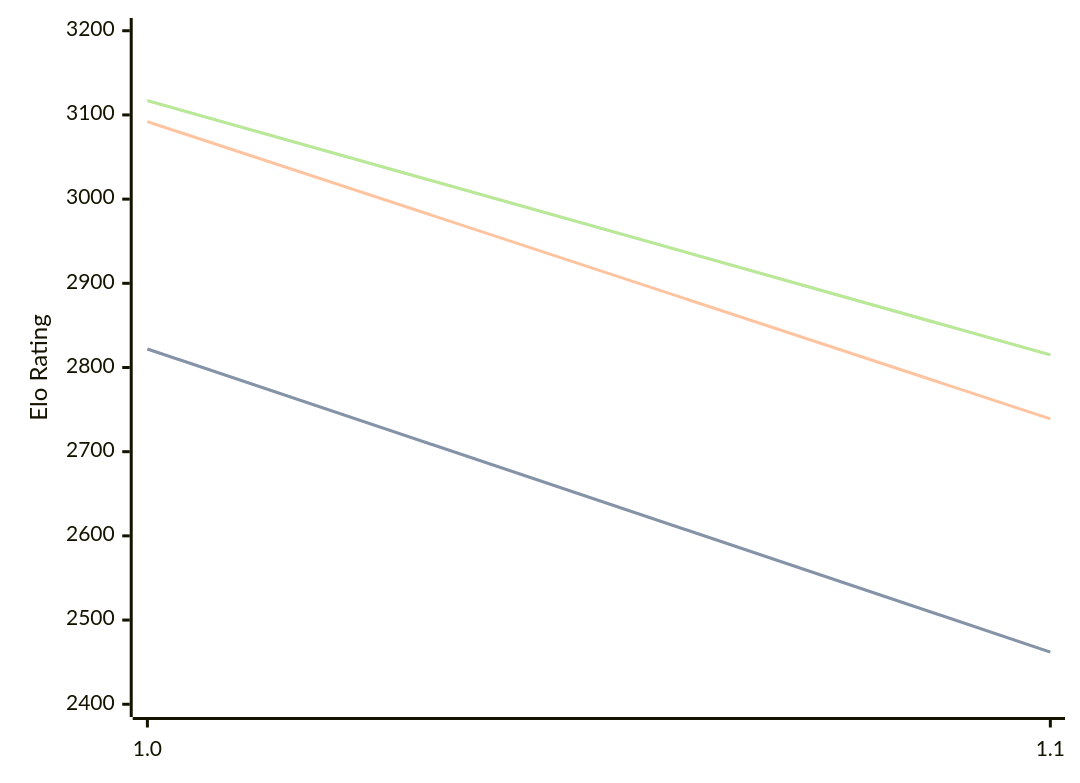
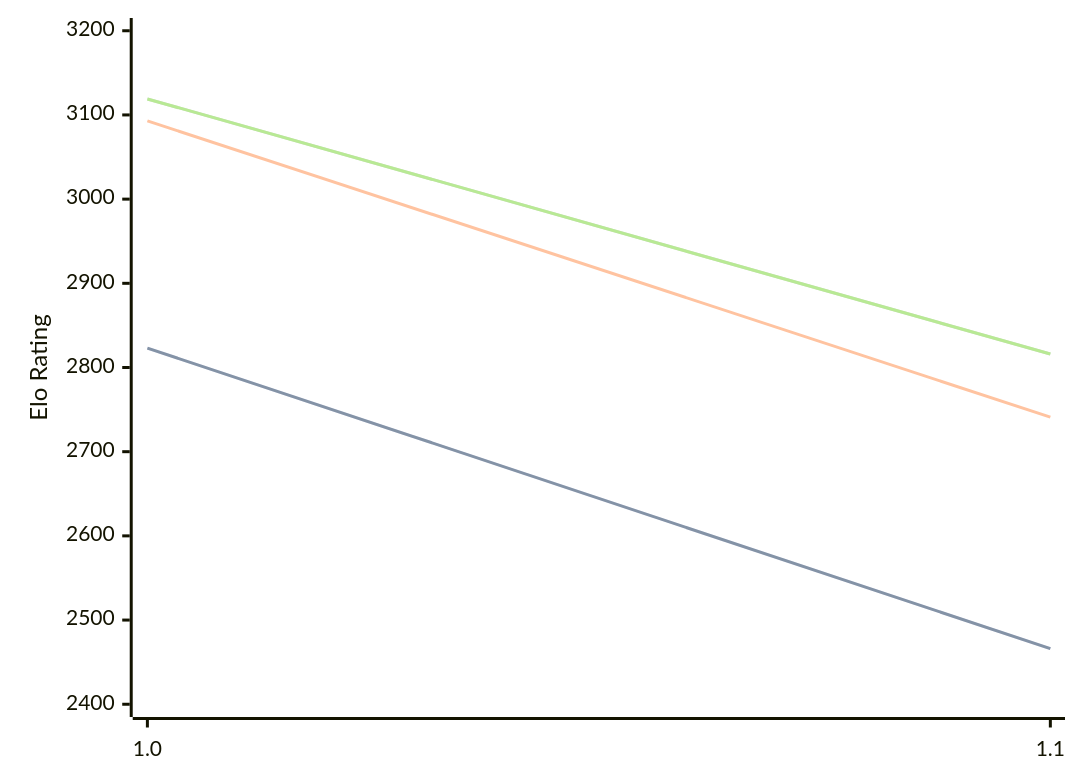
Before and after one commit to computer-chess-index/cci: the diagram in engines/Publius.md, drawn with Mermaid. The commit also changed other lines of this file, not shown here.

Commit message:
Update CCI Ratings (ELO VLTC) - 2026-06-11

````diff
--- a/engines/Publius.md
+++ b/engines/Publius.md
@@ -32,11 +32,11 @@
 ```mermaid
 %%{init: {"theme":"base","themeVariables":{"seriesColors:['#a3a3a3','#222221','#faa371']}}}%%
 xychart-beta
   x-axis ["1.0", "1.1"]
   y-axis "Elo Rating" 2400 --> 3200
-  line "STC (8.0+0.08s)" [2822, 2462]
-  line "STC (8.0+0.08s)" [2822, 2462]
-  line "LTC (60.0+0.60s)" [3092, 2739]
-  line "VLTC (2m24s+1.12s)" [3117, 2815]
-  line "VLTC (2m24s+1.12s)" [3117, 2815]
+  line "STC (8.0+0.08s)" [2823, 2466]
+  line "STC (8.0+0.08s)" [2823, 2466]
+  line "LTC (60.0+0.60s)" [3093, 2741]
+  line "VLTC (2m24s+1.12s)" [3119, 2816]
+  line "VLTC (2m24s+1.12s)" [3119, 2816]
 ```
````
